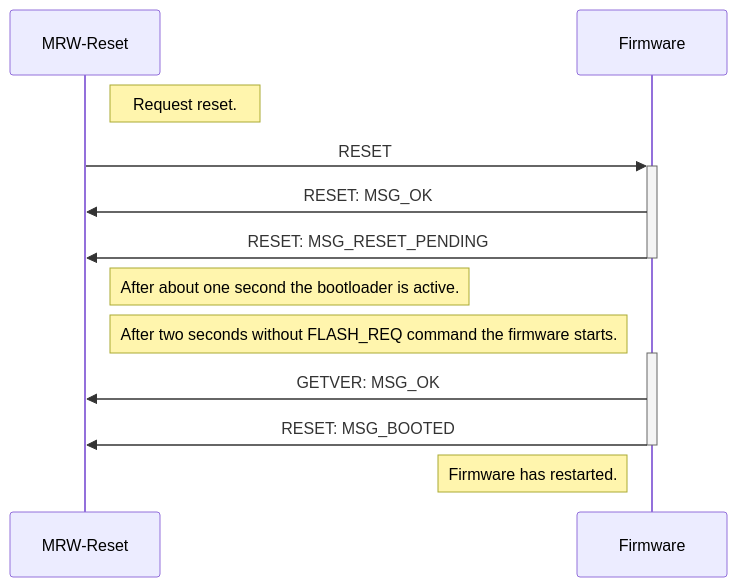
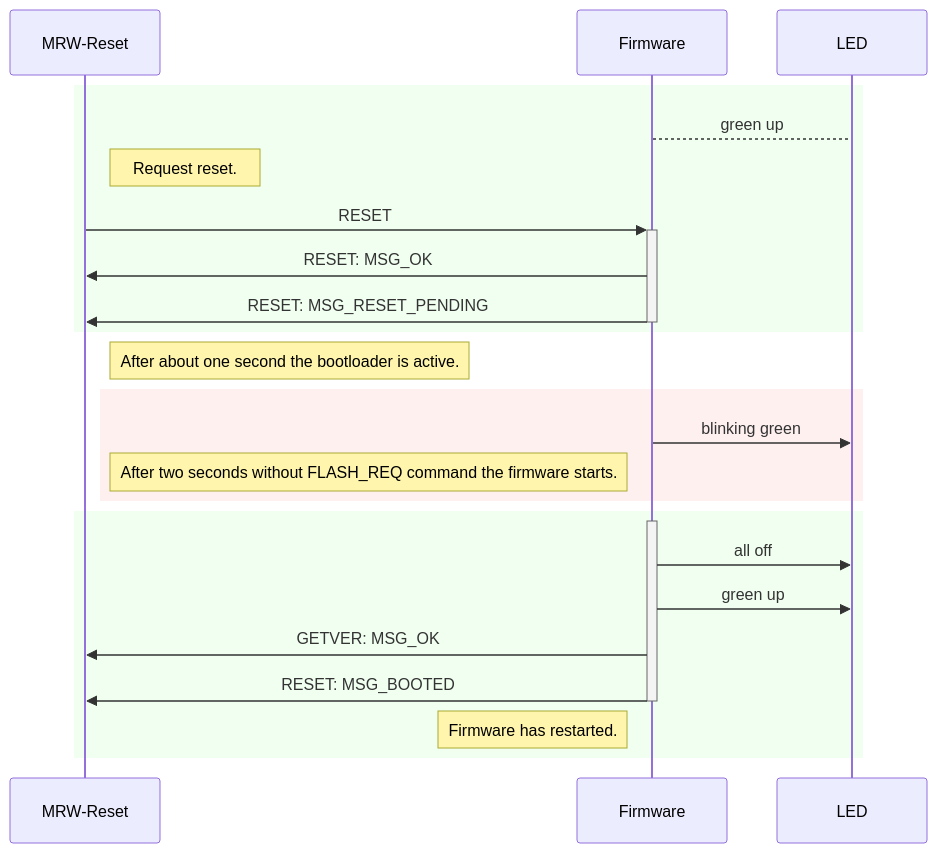
Before and after one commit to stmork/mrw-track-control-ng: the diagram in tools/reset/README.md, drawn with Mermaid. The commit also changed other lines of this file and 4 other files, not shown here.

````diff
--- a/tools/reset/README.md
+++ b/tools/reset/README.md
@@ -11,22 +25,36 @@
 ```mermaid
 sequenceDiagram
 	Participant T as MRW-Reset
 	Participant F as Firmware
 
-	Note right of T: Request reset.
-	T ->> +F: RESET
-	F ->>  T: RESET: MSG_OK
-	F ->> -T: RESET: MSG_RESET_PENDING
+	rect rgb(240,255,240)
+		F --> LED: green up
+
+		Note right of T: Request reset.
+		T ->> +F: RESET
+		F ->>  T: RESET: MSG_OK
+		F ->>  T: RESET: MSG_RESET_PENDING
+		deactivate F
+	end
 
 	Note right of T: After about one second the bootloader is active.
 
-	Note right of T: After two seconds without FLASH_REQ command the firmware starts.
+	rect rgb(255,240,240)
+		F ->> LED: blinking green
 
-	activate F
+		Note right of T: After two seconds without FLASH_REQ command the firmware starts.
+	end
 
-	F ->> T: GETVER: MSG_OK
-	F ->> T: RESET: MSG_BOOTED
+	rect rgb(240,255,240)
+		activate F
+		F ->> LED: all off
 
-	deactivate F
-	Note left of F: Firmware has restarted.
+
+		F ->> LED: green up
+		F ->> T: GETVER: MSG_OK
+		F ->> T: RESET: MSG_BOOTED
+
+		deactivate F
+		Note left of F: Firmware has restarted.
+	end
 ```
````
